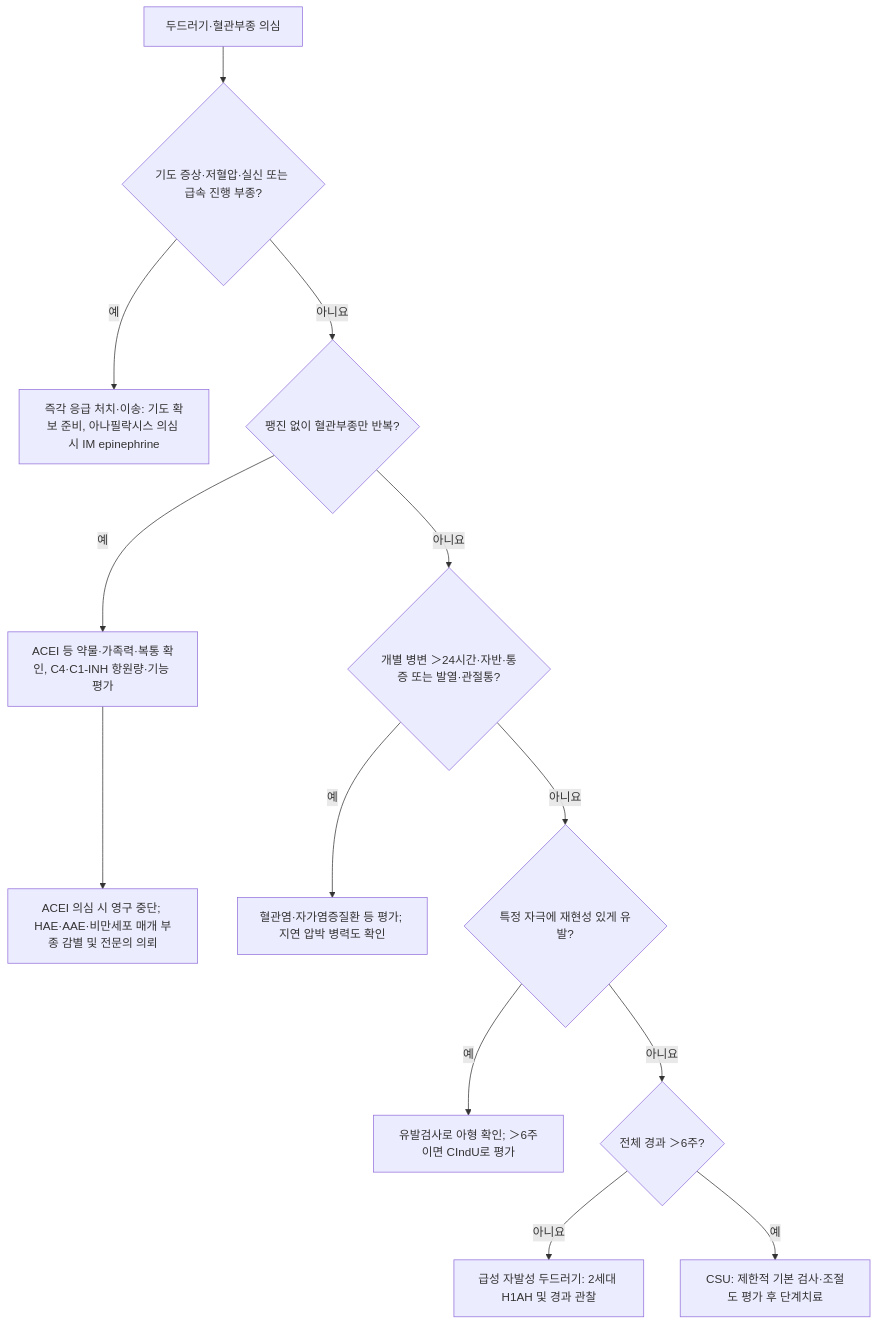
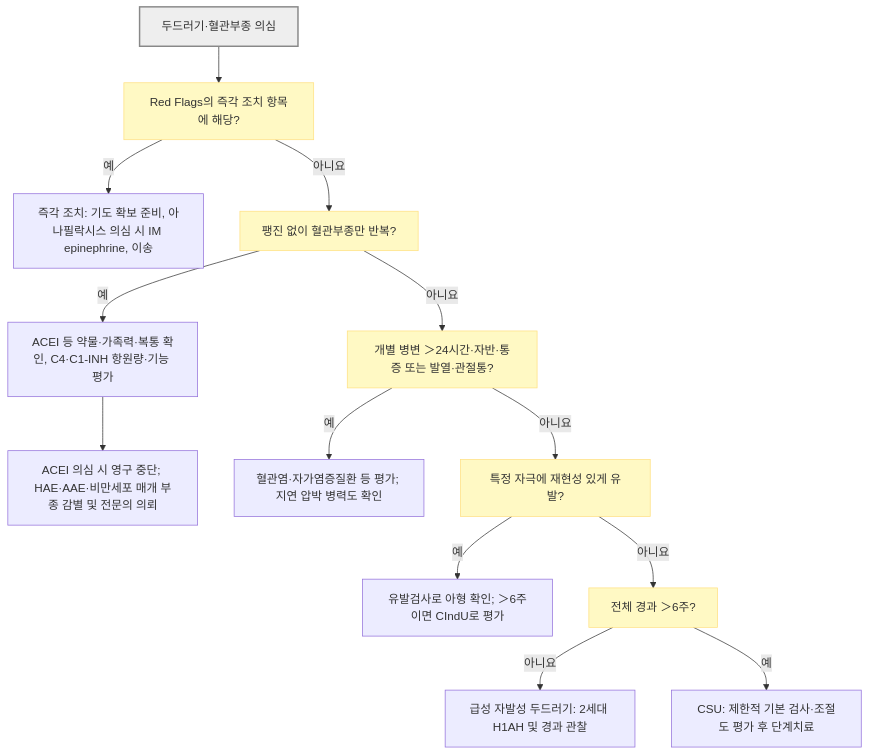
Before and after one commit to familyoh77/familyoh77: the diagram in 229_/156_-urticaria-angioedema.md, drawn with Mermaid. The commit also changed other lines of this file and 16 other files, not shown here.

````diff
--- a/229_/156_-urticaria-angioedema.md
+++ b/229_/156_-urticaria-angioedema.md
@@ -231,15 +223,19 @@
 ```mermaid
 flowchart TD
-    A["두드러기·혈관부종 의심"] --> B{"기도 증상·저혈압·실신 또는 급속 진행 부종?"}
-    B -->|예| C["즉각 응급 처치·이송: 기도 확보 준비, 아나필락시스 의심 시 IM epinephrine"]
-    B -->|아니요| D{"팽진 없이 혈관부종만 반복?"}
-    D -->|예| E["ACEI 등 약물·가족력·복통 확인, C4·C1-INH 항원량·기능 평가"]
+    A["두드러기·혈관부종 의심"] --> B["Red Flags의 즉각 조치 항목에 해당?"]
+    B -- "예" --> C["즉각 조치: 기도 확보 준비, 아나필락시스 의심 시 IM epinephrine, 이송"]
+    B -- "아니요" --> D["팽진 없이 혈관부종만 반복?"]
+    D -- "예" --> E["ACEI 등 약물·가족력·복통 확인, C4·C1-INH 항원량·기능 평가"]
     E --> F["ACEI 의심 시 영구 중단; HAE·AAE·비만세포 매개 부종 감별 및 전문의 의뢰"]
-    D -->|아니요| G{"개별 병변 ＞24시간·자반·통증 또는 발열·관절통?"}
-    G -->|예| H["혈관염·자가염증질환 등 평가; 지연 압박 병력도 확인"]
-    G -->|아니요| I{"특정 자극에 재현성 있게 유발?"}
-    I -->|예| J["유발검사로 아형 확인; ＞6주이면 CIndU로 평가"]
-    I -->|아니요| K{"전체 경과 ＞6주?"}
-    K -->|아니요| L["급성 자발성 두드러기: 2세대 H1AH 및 경과 관찰"]
-    K -->|예| M["CSU: 제한적 기본 검사·조절도 평가 후 단계치료"]
+    D -- "아니요" --> G["개별 병변 ＞24시간·자반·통증 또는 발열·관절통?"]
+    G -- "예" --> H["혈관염·자가염증질환 등 평가; 지연 압박 병력도 확인"]
+    G -- "아니요" --> I["특정 자극에 재현성 있게 유발?"]
+    I -- "예" --> J["유발검사로 아형 확인; ＞6주이면 CIndU로 평가"]
+    I -- "아니요" --> K["전체 경과 ＞6주?"]
+    K -- "아니요" --> L["급성 자발성 두드러기: 2세대 H1AH 및 경과 관찰"]
+    K -- "예" --> M["CSU: 제한적 기본 검사·조절도 평가 후 단계치료"]
+
+    classDef question fill:#fff9c4,stroke:#ffe082
+    class B,D,G,I,K question
+    style A fill:#eeeeee,stroke:#888888,stroke-width:2px
 ```
````
